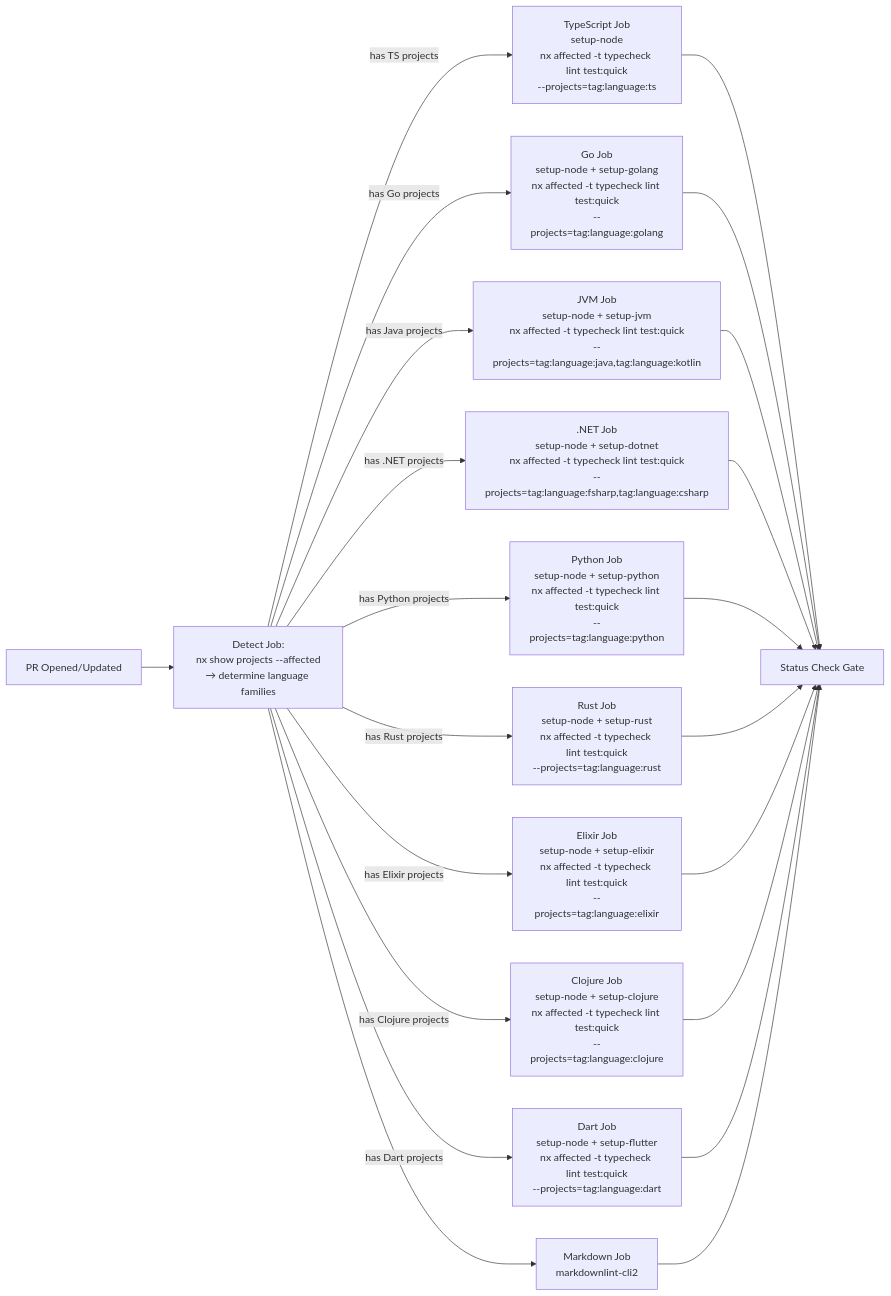
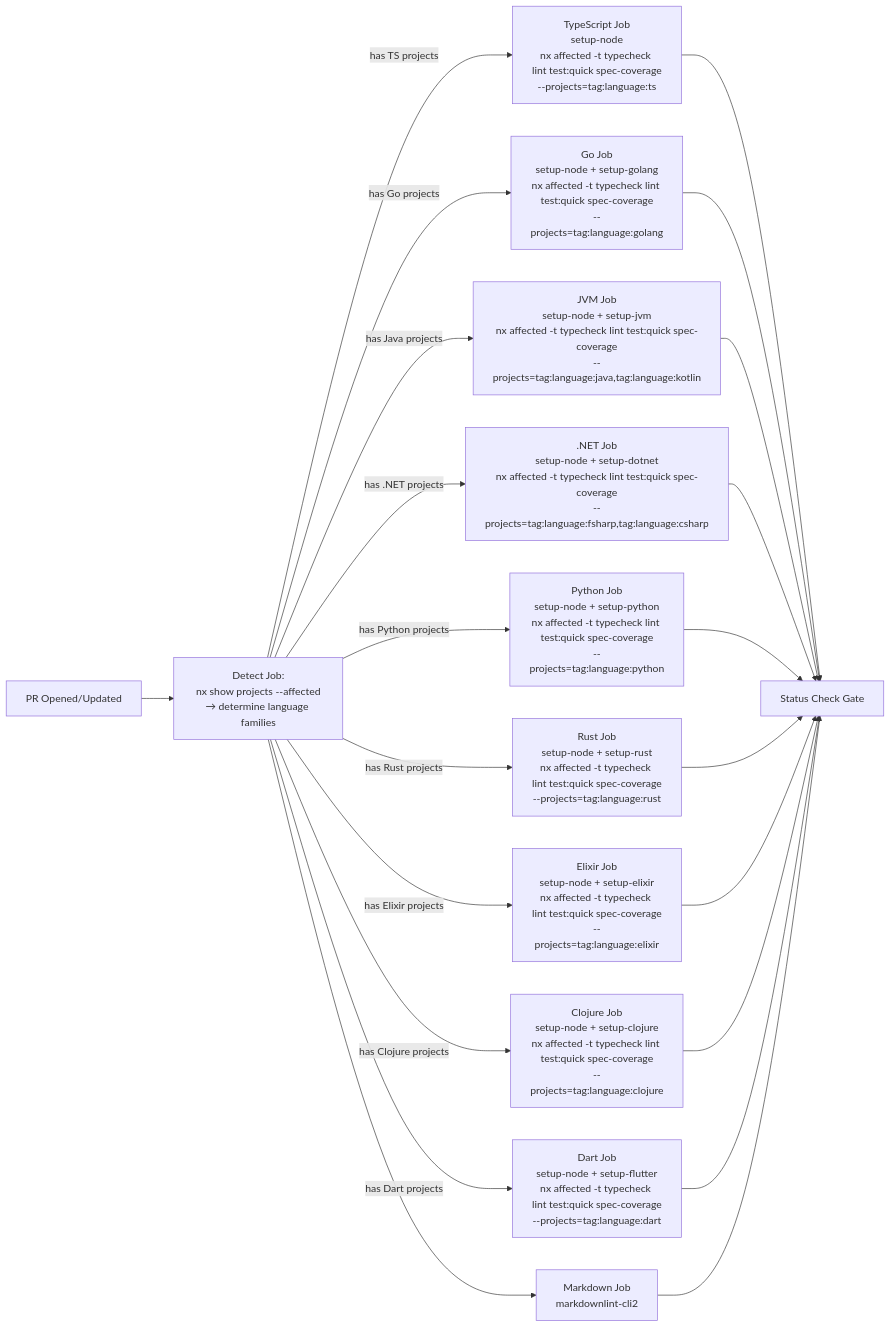
Before and after one commit to wahidyankf/open-sharia-enterprise: the diagram in plans/in-progress/2026-03-31__ci-standardization/tech-docs.md, drawn with Mermaid. The commit also changed other lines of this file and 2 other files, not shown here.

Commit message:
fix(plans): resolve cross-file inconsistencies in CI standardization plan
Fix 5 issues found during recheck:
- Track 4 redundancy: was running test:quick again (already in Track 3),
  now runs spec-coverage only
- AD8 contradiction: CLI specs entry now says "restructure to
  cli/gherkin/" matching R0.2 and W12, not "keep as-is"
- W1 reference: "4-track CRON" → "5-track CRON"
- AD2 diagram: add spec-coverage to PR quality gate targets
- W8/W16 overlap: W8 now defers .env.example creation to W16

````diff
--- a/plans/in-progress/2026-03-31__ci-standardization/tech-docs.md
+++ b/plans/in-progress/2026-03-31__ci-standardization/tech-docs.md
@@ -62,26 +62,26 @@
 ```mermaid
 flowchart LR
     PR["PR Opened/Updated"] --> DETECT["Detect Job:<br/>nx show projects --affected<br/>→ determine language families"]
 
-    DETECT --> |"has TS projects"| TS["TypeScript Job<br/>setup-node<br/>nx affected -t typecheck lint test:quick<br/>--projects=tag:language:ts"]
+    DETECT --> |"has TS projects"| TS["TypeScript Job<br/>setup-node<br/>nx affected -t typecheck lint test:quick spec-coverage<br/>--projects=tag:language:ts"]
 
-    DETECT --> |"has Go projects"| GO["Go Job<br/>setup-node + setup-golang<br/>nx affected -t typecheck lint test:quick<br/>--projects=tag:language:golang"]
+    DETECT --> |"has Go projects"| GO["Go Job<br/>setup-node + setup-golang<br/>nx affected -t typecheck lint test:quick spec-coverage<br/>--projects=tag:language:golang"]
 
-    DETECT --> |"has Java projects"| JVM["JVM Job<br/>setup-node + setup-jvm<br/>nx affected -t typecheck lint test:quick<br/>--projects=tag:language:java,tag:language:kotlin"]
+    DETECT --> |"has Java projects"| JVM["JVM Job<br/>setup-node + setup-jvm<br/>nx affected -t typecheck lint test:quick spec-coverage<br/>--projects=tag:language:java,tag:language:kotlin"]
 
-    DETECT --> |"has .NET projects"| NET[".NET Job<br/>setup-node + setup-dotnet<br/>nx affected -t typecheck lint test:quick<br/>--projects=tag:language:fsharp,tag:language:csharp"]
+    DETECT --> |"has .NET projects"| NET[".NET Job<br/>setup-node + setup-dotnet<br/>nx affected -t typecheck lint test:quick spec-coverage<br/>--projects=tag:language:fsharp,tag:language:csharp"]
 
-    DETECT --> |"has Python projects"| PY["Python Job<br/>setup-node + setup-python<br/>nx affected -t typecheck lint test:quick<br/>--projects=tag:language:python"]
+    DETECT --> |"has Python projects"| PY["Python Job<br/>setup-node + setup-python<br/>nx affected -t typecheck lint test:quick spec-coverage<br/>--projects=tag:language:python"]
 
-    DETECT --> |"has Rust projects"| RS["Rust Job<br/>setup-node + setup-rust<br/>nx affected -t typecheck lint test:quick<br/>--projects=tag:language:rust"]
+    DETECT --> |"has Rust projects"| RS["Rust Job<br/>setup-node + setup-rust<br/>nx affected -t typecheck lint test:quick spec-coverage<br/>--projects=tag:language:rust"]
 
-    DETECT --> |"has Elixir projects"| EX["Elixir Job<br/>setup-node + setup-elixir<br/>nx affected -t typecheck lint test:quick<br/>--projects=tag:language:elixir"]
+    DETECT --> |"has Elixir projects"| EX["Elixir Job<br/>setup-node + setup-elixir<br/>nx affected -t typecheck lint test:quick spec-coverage<br/>--projects=tag:language:elixir"]
 
-    DETECT --> |"has Clojure projects"| CLJ["Clojure Job<br/>setup-node + setup-clojure<br/>nx affected -t typecheck lint test:quick<br/>--projects=tag:language:clojure"]
+    DETECT --> |"has Clojure projects"| CLJ["Clojure Job<br/>setup-node + setup-clojure<br/>nx affected -t typecheck lint test:quick spec-coverage<br/>--projects=tag:language:clojure"]
 
-    DETECT --> |"has Dart projects"| DART["Dart Job<br/>setup-node + setup-flutter<br/>nx affected -t typecheck lint test:quick<br/>--projects=tag:language:dart"]
+    DETECT --> |"has Dart projects"| DART["Dart Job<br/>setup-node + setup-flutter<br/>nx affected -t typecheck lint test:quick spec-coverage<br/>--projects=tag:language:dart"]
 
     DETECT --> MD["Markdown Job<br/>markdownlint-cli2"]
 
     TS & GO & JVM & NET & PY & RS & EX & CLJ & DART & MD --> GATE["Status Check Gate"]
 ```
````
